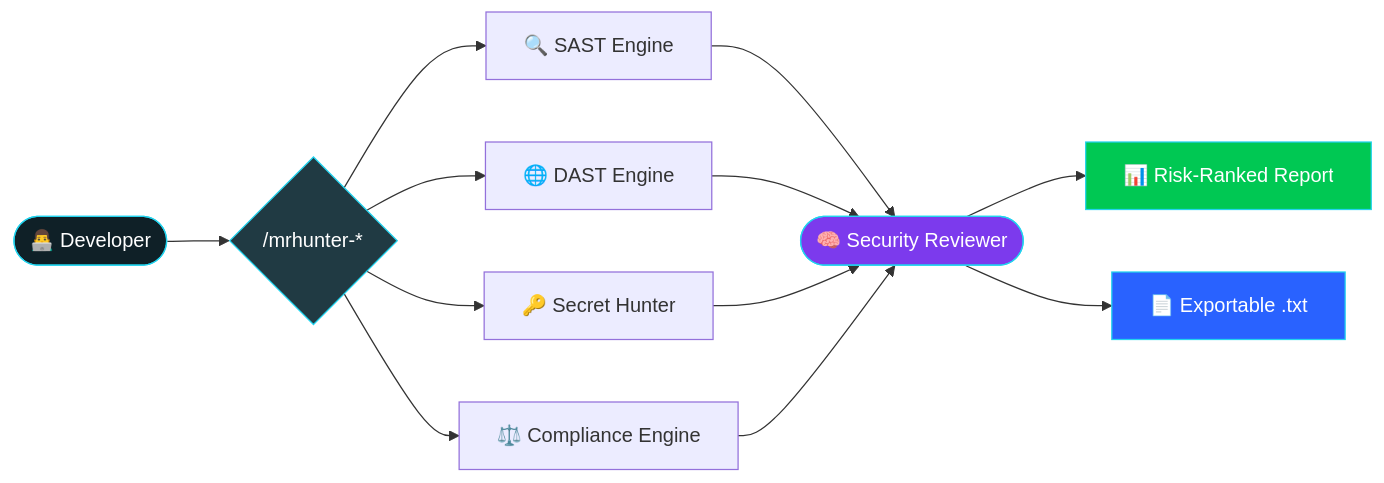
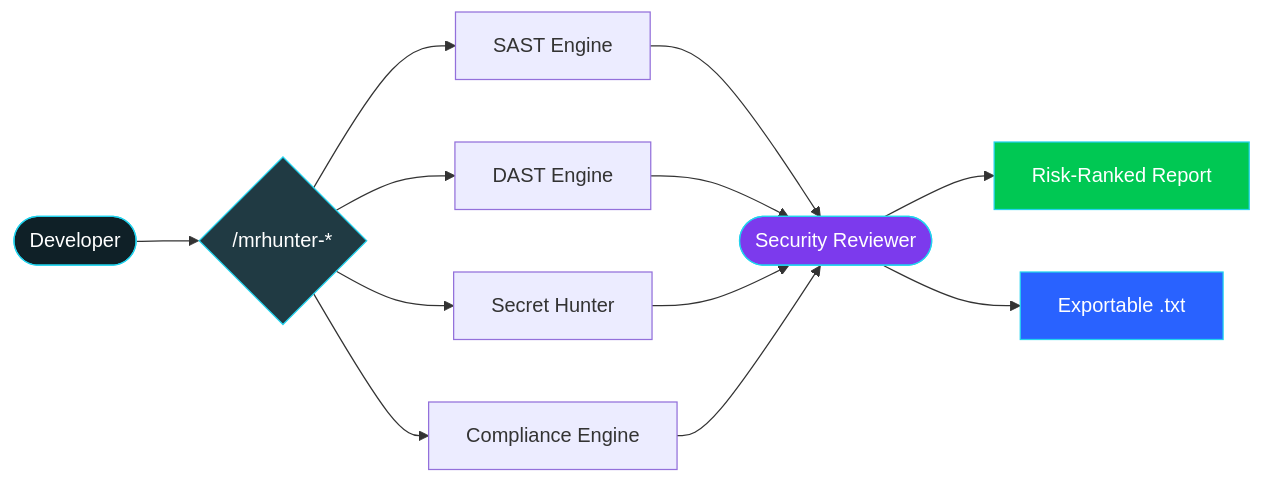
The diagram in README.md (TheWildEye/MrHunter2), drawn with Mermaid before and after one commit. The commit also changed other lines of this file, not shown here.

````diff
--- a/README.md
+++ b/README.md
@@ -293,20 +293,20 @@
 ```mermaid
 flowchart LR
-    A([👨‍💻 Developer]) --> B{"/mrhunter-*"}
-    B --> C["🔍 SAST Engine"]
-    B --> D["🌐 DAST Engine"]
-    B --> E["🔑 Secret Hunter"]
-    B --> F["⚖️ Compliance Engine"]
-    C --> G(["🧠 Security Reviewer"])
+    A([Developer]) --> B{"/mrhunter-*"}
+    B --> C["SAST Engine"]
+    B --> D["DAST Engine"]
+    B --> E["Secret Hunter"]
+    B --> F["Compliance Engine"]
+    C --> G(["Security Reviewer"])
     D --> G
     E --> G
     F --> G
-    G --> H["📊 Risk-Ranked Report"]
-    G --> I["📄 Exportable .txt"]
+    G --> H["Risk-Ranked Report"]
+    G --> I["Exportable .txt"]
 
     style A fill:#0f2027,stroke:#22D3EE,color:#fff
     style B fill:#203a43,stroke:#22D3EE,color:#fff
     style G fill:#7C3AED,stroke:#22D3EE,color:#fff
     style H fill:#00C853,stroke:#22D3EE,color:#fff
     style I fill:#2962FF,stroke:#22D3EE,color:#fff
 ```
````
